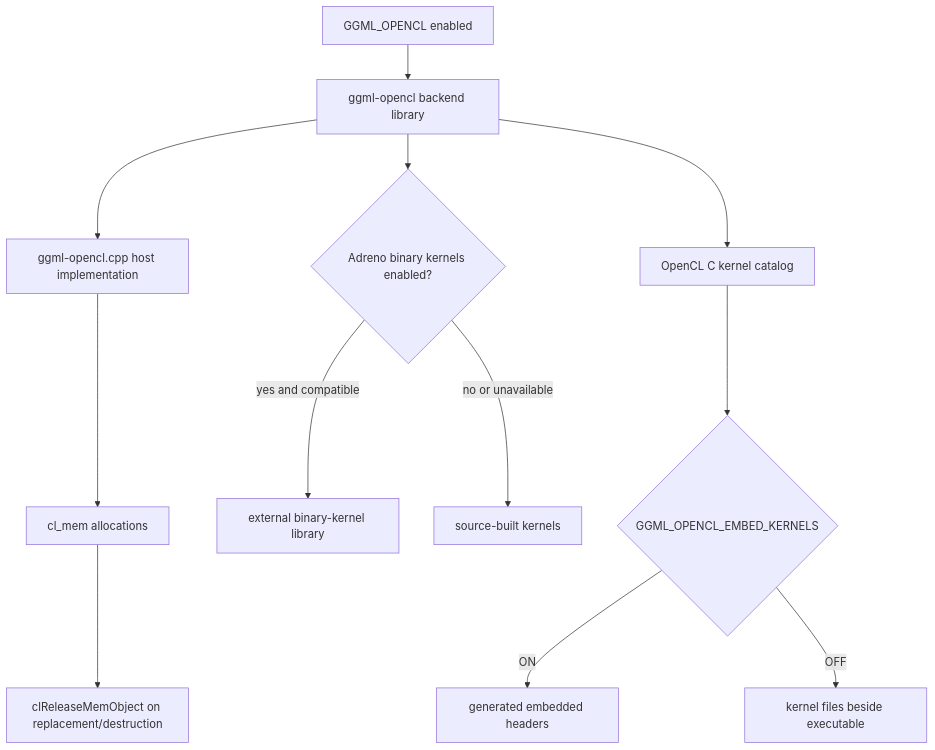
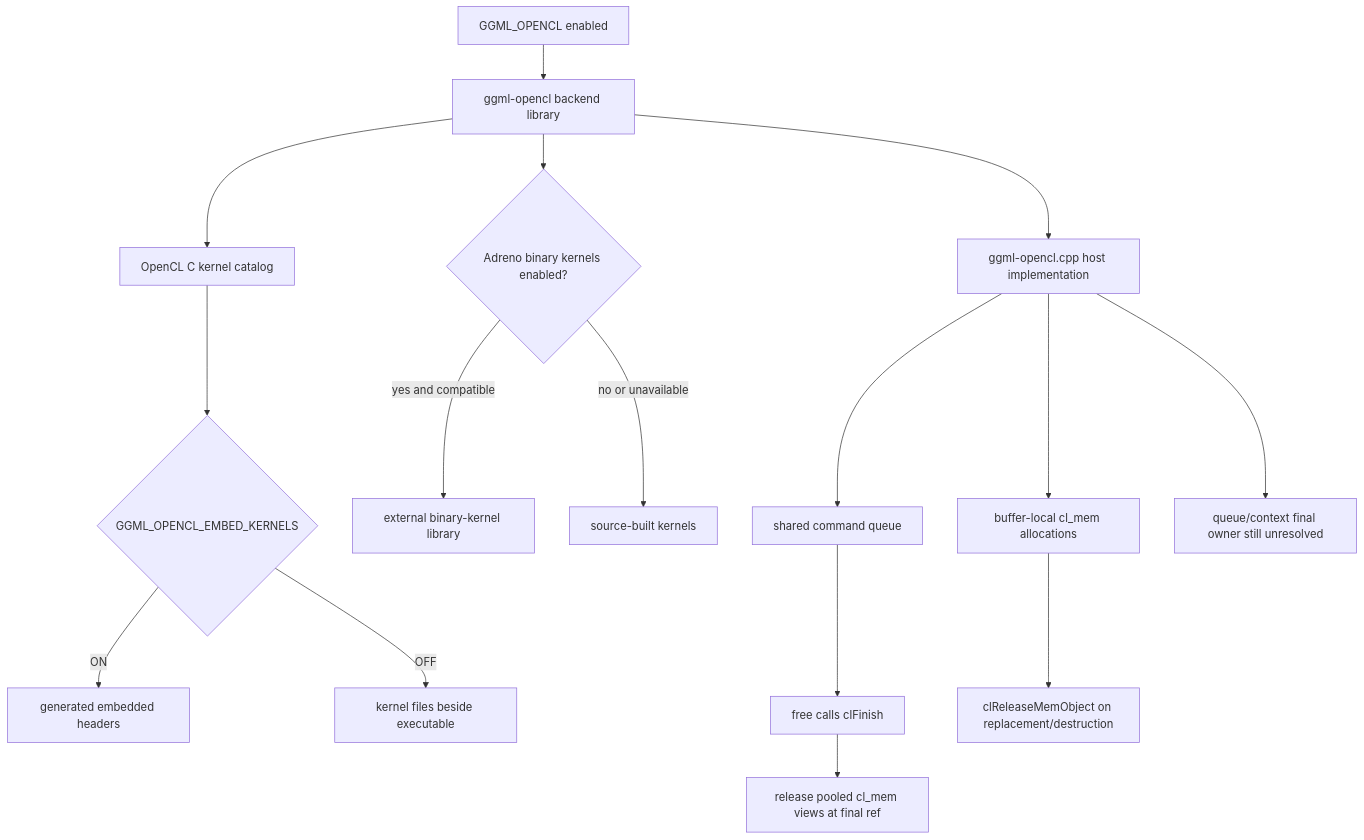
The diagram in docs/architecture/opencl-build-and-buffer-lifetimes.md (mohammed-alaa40123/How.to.llama.cpp), drawn with Mermaid before and after one commit. The commit also changed other lines of this file, not shown here.

````diff
--- a/docs/architecture/opencl-build-and-buffer-lifetimes.md
+++ b/docs/architecture/opencl-build-and-buffer-lifetimes.md
@@ -11,14 +11,18 @@
 ```mermaid
 flowchart TD
     O[GGML_OPENCL enabled] --> C[ggml-opencl backend library]
     C --> H[ggml-opencl.cpp host implementation]
     C --> K[OpenCL C kernel catalog]
     K --> E{GGML_OPENCL_EMBED_KERNELS}
     E -->|ON| EH[generated embedded headers]
     E -->|OFF| KF[kernel files beside executable]
     C --> B{Adreno binary kernels enabled?}
     B -->|yes and compatible| BK[external binary-kernel library]
     B -->|no or unavailable| SK[source-built kernels]
-    H --> M[cl_mem allocations]
+    H --> Q[shared command queue]
+    Q --> F[free calls clFinish]
+    F --> P[release pooled cl_mem views at final ref]
+    H --> M[buffer-local cl_mem allocations]
     M --> R[clReleaseMemObject on replacement/destruction]
+    H --> U[queue/context final owner still unresolved]
 ```
````
